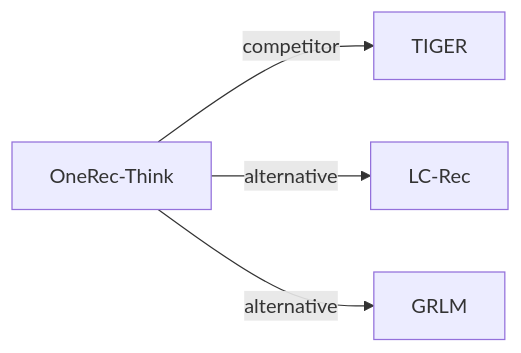
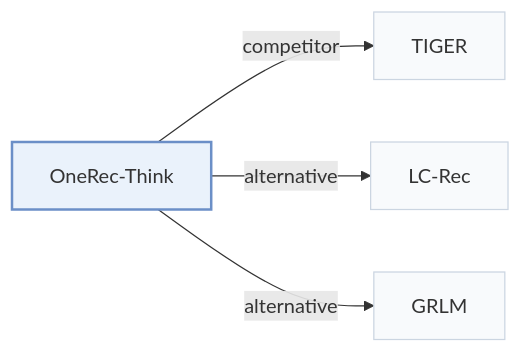
The fourth of 4 diagrams in pages/papers/onerec-think.md (Galaxy-ghost/Awesome-SID-Generative-Rec), drawn with Mermaid before and after one commit. The commit also changed other lines of this file and 649 other files, not shown here.

Commit message:
writer-05: also tags and modality index (schema, check, build, visuals); summary field removed; calibration data for 12 papers

````diff
--- a/pages/papers/onerec-think.md
+++ b/pages/papers/onerec-think.md
@@ -135,7 +147,11 @@
 ```mermaid
 flowchart LR
     P["OneRec-Think"]
-    P -->|competitor| A["TIGER"]
-    P -->|alternative| B["LC-Rec"]
-    P -->|alternative| C["GRLM"]
+    P -->|"competitor"| A["TIGER"]
+    P -->|"alternative"| B["LC-Rec"]
+    P -->|"alternative"| C["GRLM"]
+    classDef main fill:#eaf2fb,stroke:#6b8fc7,stroke-width:2px
+    classDef peer fill:#f8fafc,stroke:#cbd5e1
+    class P main
+    class A,B,C peer
 ```
````
